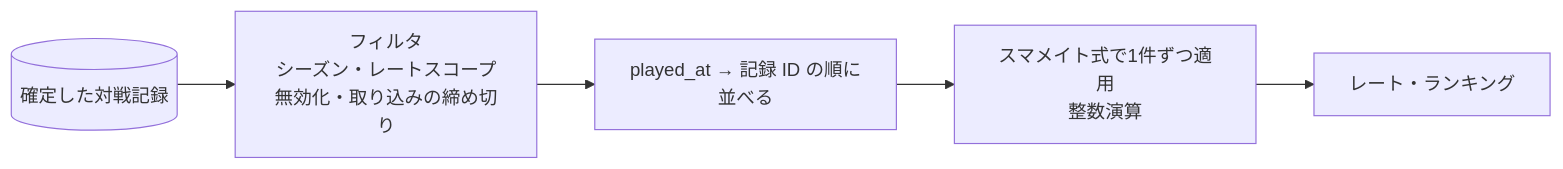
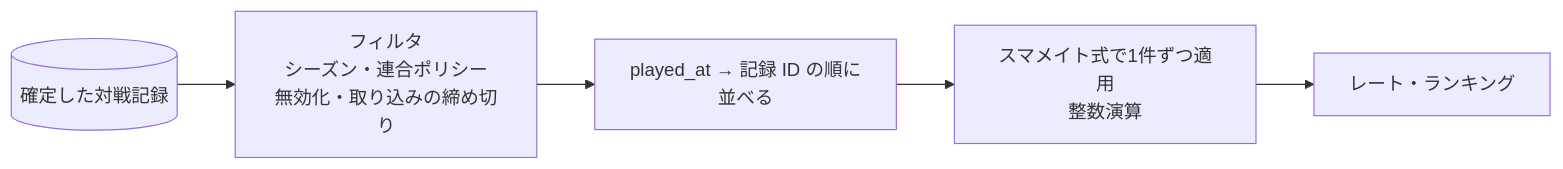
One commit to tacky0612/smash-hub changed the diagram in docs/domain/rating.md. Above: the diagram before and after it, drawn with Mermaid. The commit also changed other lines of this file and 12 other files, not shown here.

````diff
--- a/docs/domain/rating.md
+++ b/docs/domain/rating.md
@@ -95,7 +95,7 @@
 ```mermaid
 flowchart LR
-  R[(確定した対戦記録)] --> F[フィルタ<br/>シーズン・レートスコープ<br/>無効化・取り込みの締め切り]
+  R[(確定した対戦記録)] --> F[フィルタ<br/>シーズン・連合ポリシー<br/>無効化・取り込みの締め切り]
   F --> S[played_at → 記録 ID の順に並べる]
   S --> C[スマメイト式で1件ずつ適用<br/>整数演算]
   C --> O[レート・ランキング]
 ```
````
